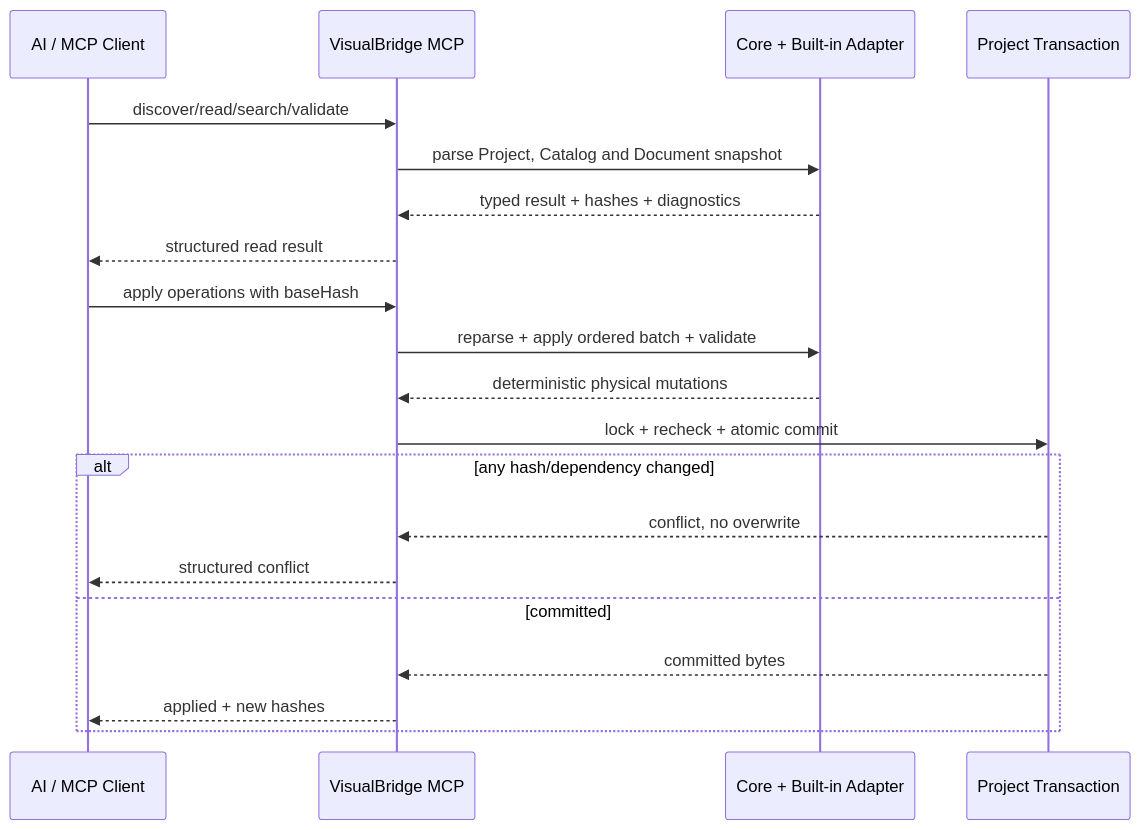
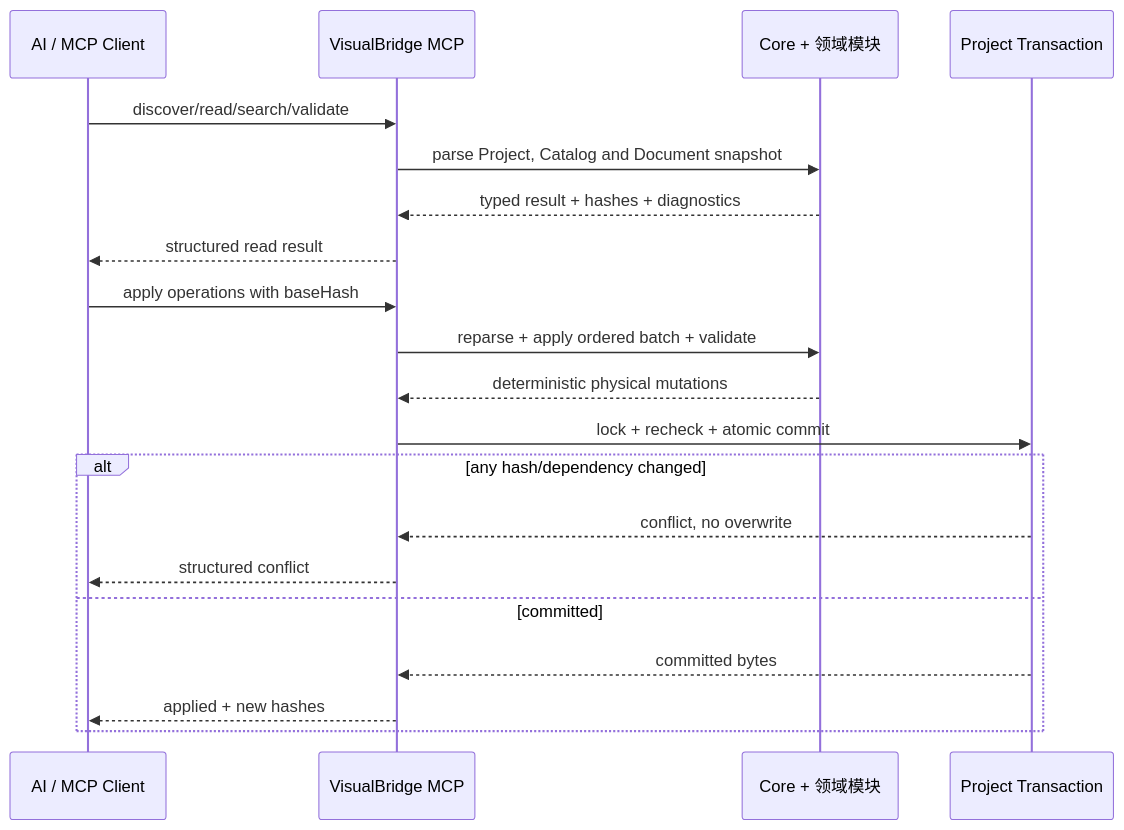
The second of 2 diagrams in Doc/IntegrationGuide.md (zh880517/VisualBridge), drawn with Mermaid before and after one commit. The commit also changed other lines of this file and 27 other files, not shown here.

Commit message:
G2b Publish the debug and module architecture docs

````diff
--- a/Doc/IntegrationGuide.md
+++ b/Doc/IntegrationGuide.md
@@ -93,22 +93,22 @@
 ```mermaid
 sequenceDiagram
   participant Client as AI / MCP Client
   participant MCP as VisualBridge MCP
-  participant Core as Core + Built-in Adapter
+  participant Core as Core + 领域模块
   participant Tx as Project Transaction
   Client->>MCP: discover/read/search/validate
   MCP->>Core: parse Project, Catalog and Document snapshot
   Core-->>MCP: typed result + hashes + diagnostics
   MCP-->>Client: structured read result
   Client->>MCP: apply operations with baseHash
   MCP->>Core: reparse + apply ordered batch + validate
   Core-->>MCP: deterministic physical mutations
   MCP->>Tx: lock + recheck + atomic commit
   alt any hash/dependency changed
     Tx-->>MCP: conflict, no overwrite
     MCP-->>Client: structured conflict
   else committed
     Tx-->>MCP: committed bytes
     MCP-->>Client: applied + new hashes
   end
 ```
````
